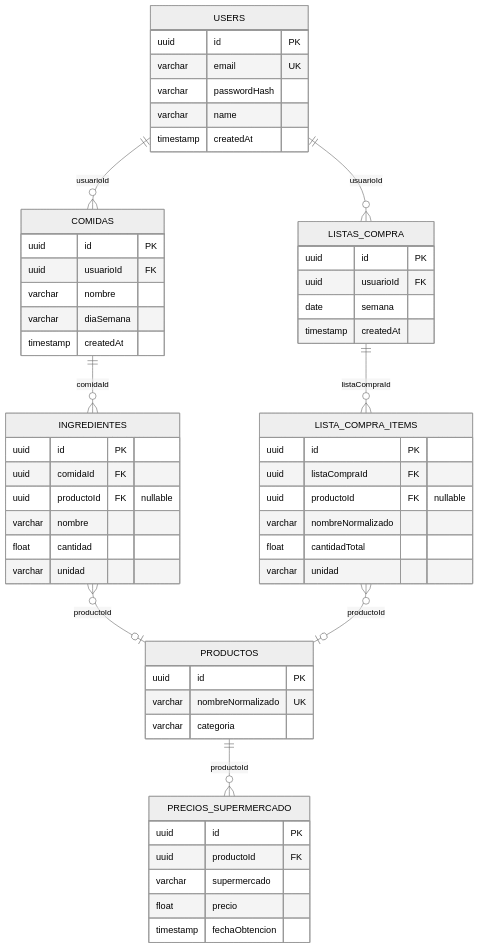
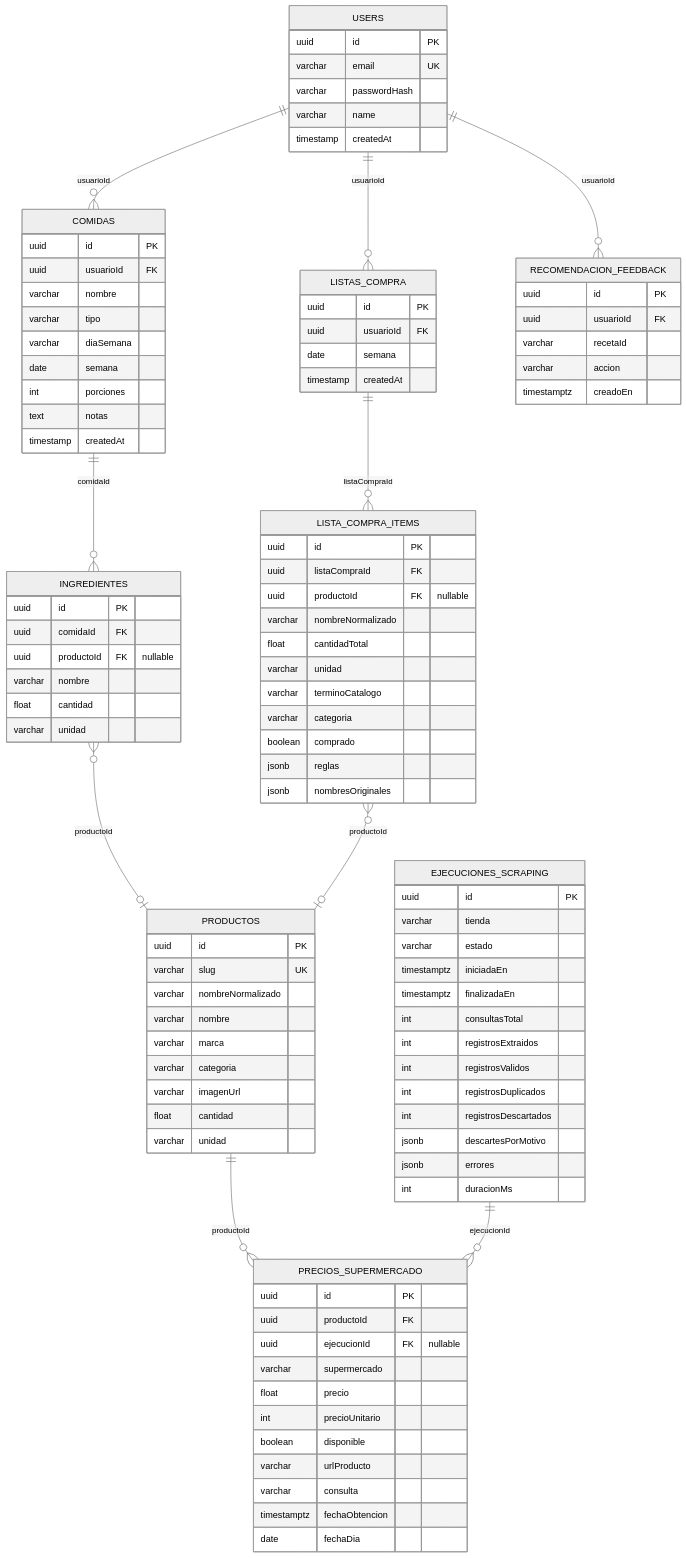
Before and after one commit to JanHH16/MenuSmart: the second of 2 diagrams in docs/database.md, drawn with Mermaid (neutral theme). The commit also changed other lines of this file and 3 other files, not shown here.

````diff
--- a/docs/database.md
+++ b/docs/database.md
@@ -92,9 +94,11 @@
     COMIDAS ||--o{ INGREDIENTES : "comidaId"
     INGREDIENTES }o--o| PRODUCTOS : "productoId"
     PRODUCTOS ||--o{ PRECIOS_SUPERMERCADO : "productoId"
+    EJECUCIONES_SCRAPING ||--o{ PRECIOS_SUPERMERCADO : "ejecucionId"
     USERS ||--o{ LISTAS_COMPRA : "usuarioId"
     LISTAS_COMPRA ||--o{ LISTA_COMPRA_ITEMS : "listaCompraId"
     LISTA_COMPRA_ITEMS }o--o| PRODUCTOS : "productoId"
+    USERS ||--o{ RECOMENDACION_FEEDBACK : "usuarioId"
 
     USERS {
         uuid id PK
@@ -107,7 +111,11 @@
         uuid id PK
         uuid usuarioId FK
         varchar nombre
+        varchar tipo
         varchar diaSemana
+        date semana
+        int porciones
+        text notas
         timestamp createdAt
     }
     INGREDIENTES {
@@ -120,15 +128,42 @@
     }
     PRODUCTOS {
         uuid id PK
-        varchar nombreNormalizado UK
+        varchar slug UK
+        varchar nombreNormalizado
+        varchar nombre
+        varchar marca
         varchar categoria
+        varchar imagenUrl
+        float cantidad
+        varchar unidad
     }
     PRECIOS_SUPERMERCADO {
         uuid id PK
         uuid productoId FK
+        uuid ejecucionId FK "nullable"
         varchar supermercado
         float precio
-        timestamp fechaObtencion
+        int precioUnitario
+        boolean disponible
+        varchar urlProducto
+        varchar consulta
+        timestamptz fechaObtencion
+        date fechaDia
+    }
+    EJECUCIONES_SCRAPING {
+        uuid id PK
+        varchar tienda
+        varchar estado
+        timestamptz iniciadaEn
+        timestamptz finalizadaEn
+        int consultasTotal
+        int registrosExtraidos
+        int registrosValidos
+        int registrosDuplicados
+        int registrosDescartados
+        jsonb descartesPorMotivo
+        jsonb errores
+        int duracionMs
     }
     LISTAS_COMPRA {
         uuid id PK
@@ -143,5 +178,17 @@
         varchar nombreNormalizado
         float cantidadTotal
         varchar unidad
+        varchar terminoCatalogo
+        varchar categoria
+        boolean comprado
+        jsonb reglas
+        jsonb nombresOriginales
+    }
+    RECOMENDACION_FEEDBACK {
+        uuid id PK
+        uuid usuarioId FK
+        varchar recetaId
+        varchar accion
+        timestamptz creadoEn
     }
 ```
````
